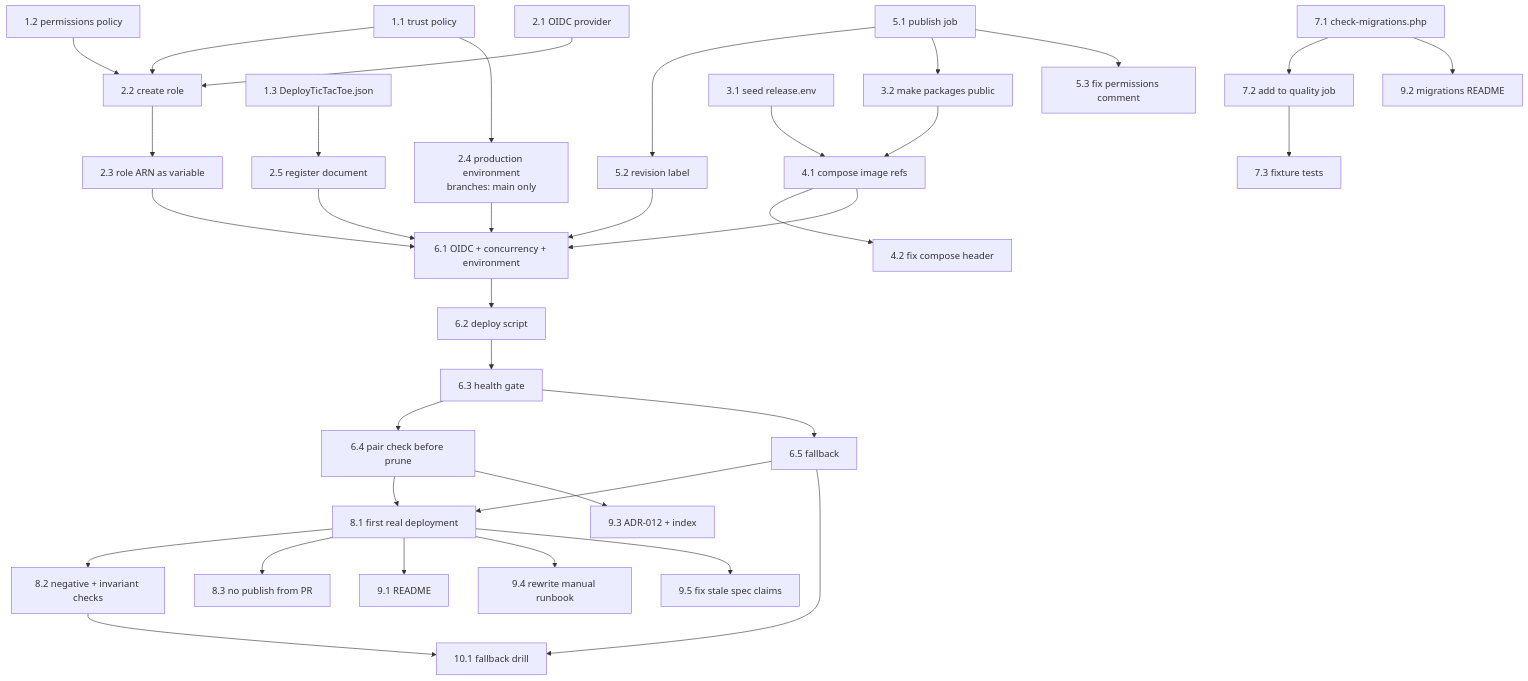
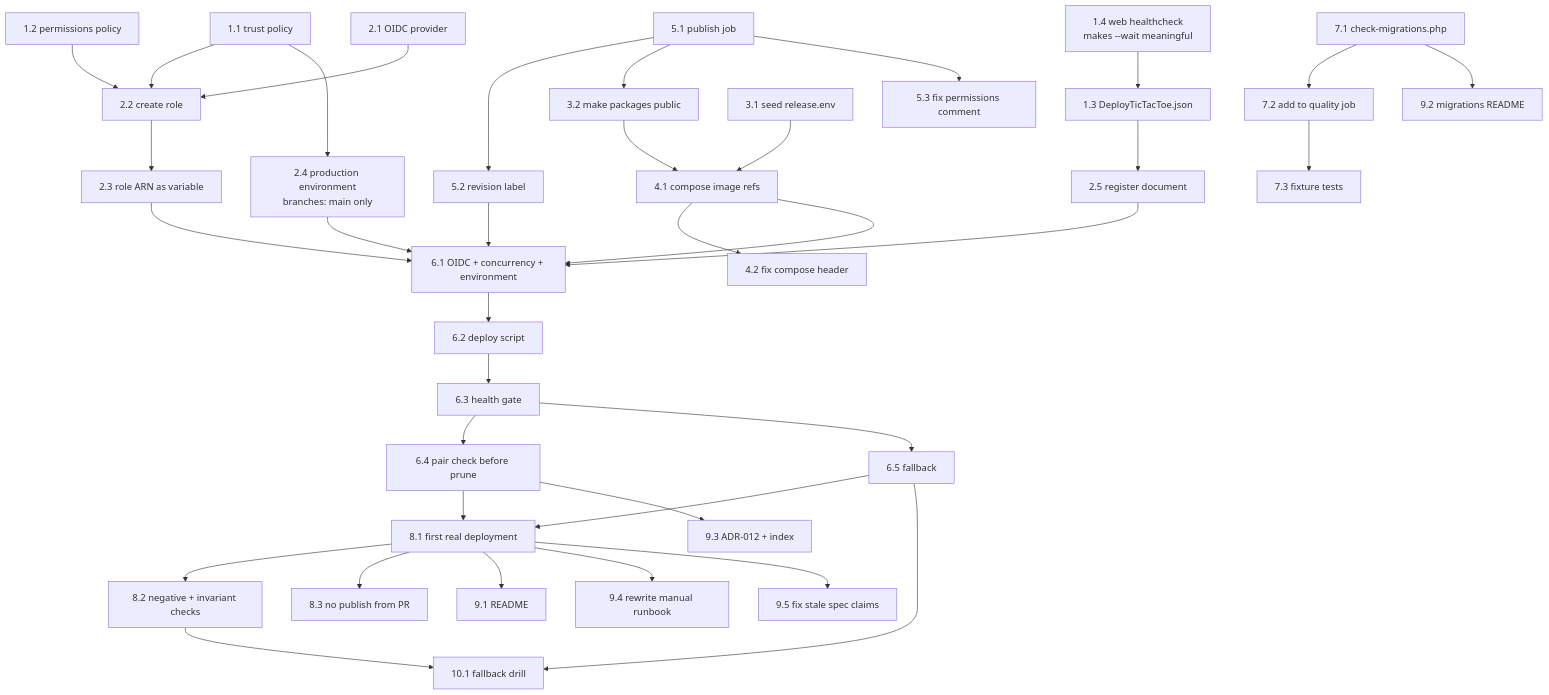
The diagram in .kiro/specs/continuous-deployment/tasks.md (mirkovicUK/TIC-TAC-TOE), drawn with Mermaid before and after one commit. The commit also changed other lines of this file and 1 other file, not shown here.

````diff
--- a/.kiro/specs/continuous-deployment/tasks.md
+++ b/.kiro/specs/continuous-deployment/tasks.md
@@ -194,44 +207,45 @@
 ```mermaid
 flowchart TD
     T11["1.1 trust policy"] --> T22["2.2 create role"]
     T12["1.2 permissions policy"] --> T22
     T21["2.1 OIDC provider"] --> T22
-    T13["1.3 DeployTicTacToe.json"] --> T25["2.5 register document"]
+    T14["1.4 web healthcheck<br/>makes --wait meaningful"] --> T13["1.3 DeployTicTacToe.json"]
+    T13 --> T25["2.5 register document"]
     T22 --> T23["2.3 role ARN as variable"]
     T11 --> T24["2.4 production environment<br/>branches: main only"]
 
     T51["5.1 publish job"] --> T52["5.2 revision label"]
     T51 --> T32["3.2 make packages public"]
     T51 --> T53["5.3 fix permissions comment"]
 
     T31["3.1 seed release.env"] --> T41["4.1 compose image refs"]
     T32 --> T41
     T41 --> T42["4.2 fix compose header"]
 
     T23 --> T61["6.1 OIDC + concurrency + environment"]
     T24 --> T61
     T25 --> T61
     T41 --> T61
     T52 --> T61
     T61 --> T62["6.2 deploy script"]
     T62 --> T63["6.3 health gate"]
     T63 --> T64["6.4 pair check before prune"]
     T63 --> T65["6.5 fallback"]
 
     T71["7.1 check-migrations.php"] --> T72["7.2 add to quality job"]
     T72 --> T73["7.3 fixture tests"]
 
     T64 --> T81["8.1 first real deployment"]
     T65 --> T81
     T81 --> T82["8.2 negative + invariant checks"]
     T81 --> T83["8.3 no publish from PR"]
 
     T81 --> T91["9.1 README"]
     T81 --> T94["9.4 rewrite manual runbook"]
     T71 --> T92["9.2 migrations README"]
     T64 --> T93["9.3 ADR-012 + index"]
     T81 --> T95["9.5 fix stale spec claims"]
 
     T82 --> T101["10.1 fallback drill"]
     T65 --> T101
 ```
````
